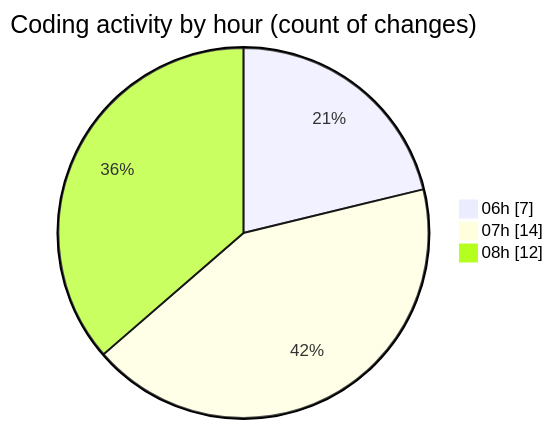
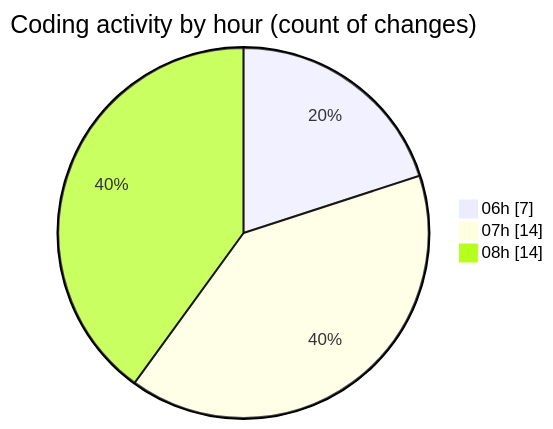
The second of 2 diagrams in 2025-04-18/zeytoon/README.md (vahidmafi/code-tracking), drawn with Mermaid before and after one commit. The commit also changed other lines of this file and 1 other file, not shown here.

````diff
--- a/2025-04-18/zeytoon/README.md
+++ b/2025-04-18/zeytoon/README.md
@@ -36,7 +36,7 @@
 ```mermaid
 pie showData
 title Coding activity by hour (count of changes)
 "06h" : 7
 "07h" : 14
-"08h" : 12
+"08h" : 14
 ```
````
